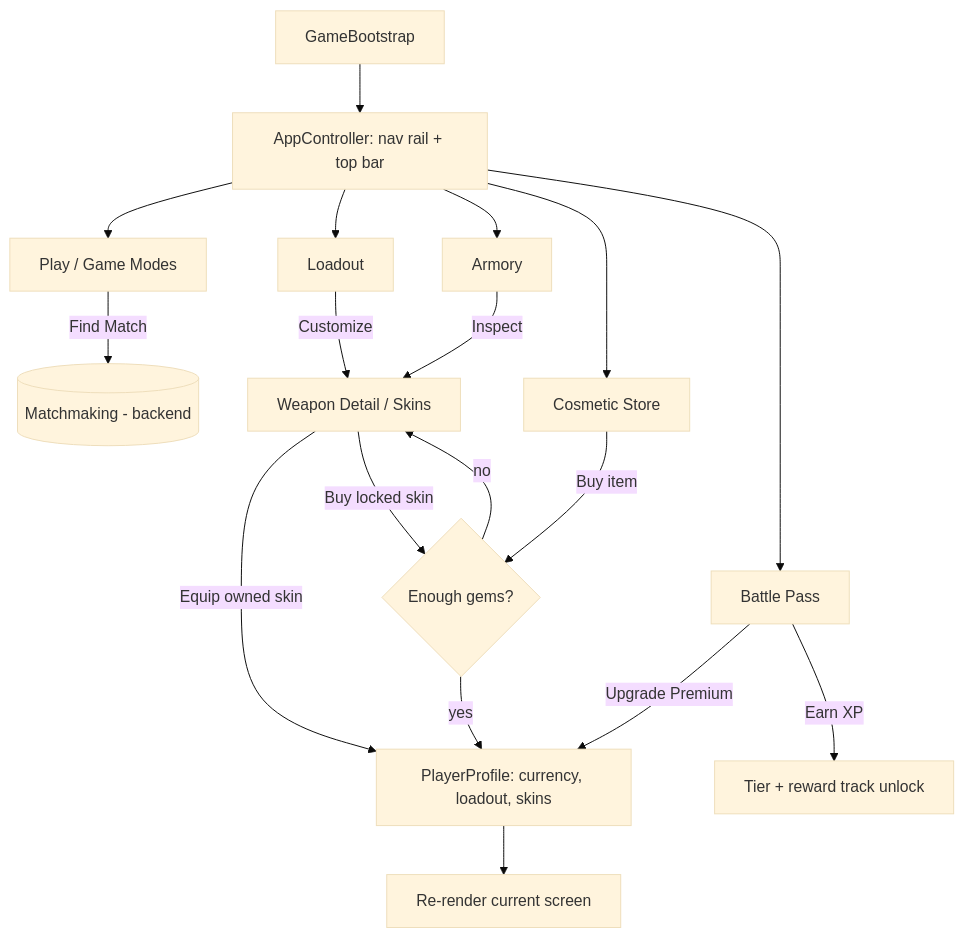
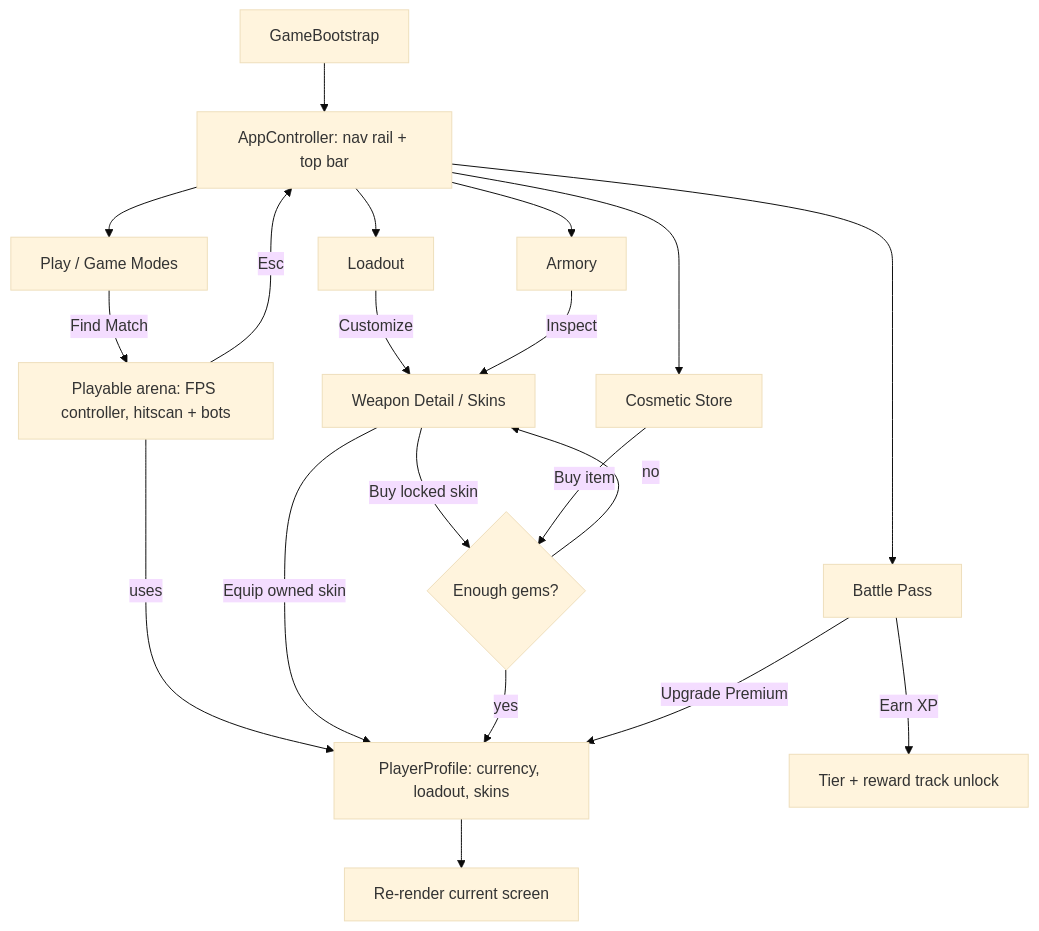
Before and after one commit to tranthienhau/unity-webgl-fps-loadout-progression: the diagram in README.md, drawn with Mermaid (base theme). The commit also changed other lines of this file and 9 other files, not shown here.

First line of the commit message:
feat(gameplay): playable FPS arena - controller, stat-driven hitscan, AI bots, HUD

````diff
--- a/README.md
+++ b/README.md
@@ -54,21 +67,23 @@
 ```mermaid
 flowchart TD
     Boot[GameBootstrap] --> Shell[AppController: nav rail + top bar]
     Shell --> Play[Play / Game Modes]
     Shell --> Loadout
     Shell --> Armory
     Shell --> Store[Cosmetic Store]
     Shell --> Pass[Battle Pass]
 
-    Play -->|Find Match| Match[(Matchmaking - backend)]
+    Play -->|Find Match| Arena[Playable arena: FPS controller, hitscan + bots]
+    Arena -->|uses| Profile
+    Arena -->|Esc| Shell
     Loadout -->|Customize| Detail[Weapon Detail / Skins]
     Armory -->|Inspect| Detail
     Detail -->|Equip owned skin| Profile
     Detail -->|Buy locked skin| Spend{Enough gems?}
     Store -->|Buy item| Spend
     Spend -->|yes| Profile[PlayerProfile: currency, loadout, skins]
     Spend -->|no| Detail
     Pass -->|Upgrade Premium| Profile
     Pass -->|Earn XP| Tiers[Tier + reward track unlock]
     Profile --> Render[Re-render current screen]
 ```
````
